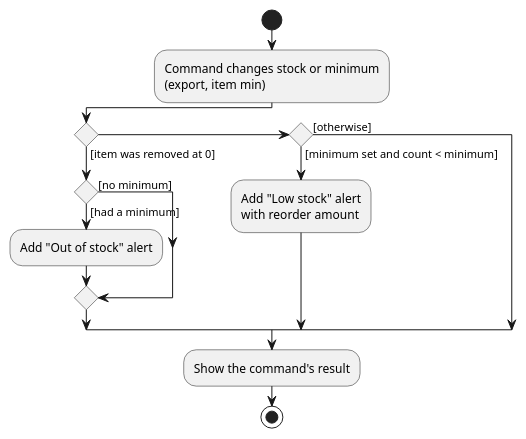
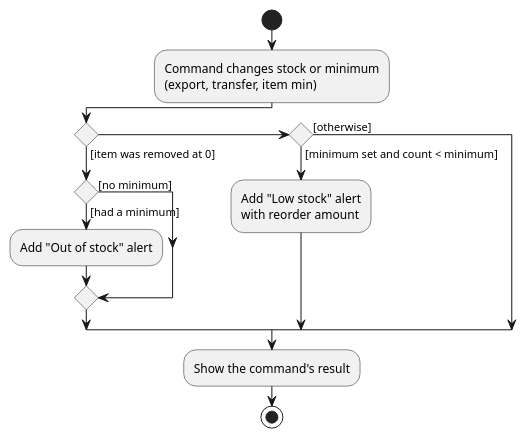
The diagram in docs/diagrams/LowStockAlertActivity.puml (AY2627S1-CS2113-W14-4/tp), drawn with PlantUML before and after one commit. The commit also changed 12 other files, not shown here.

Commit message:
Simplify Developer Guide diagrams

```diff
--- a/docs/diagrams/LowStockAlertActivity.puml
+++ b/docs/diagrams/LowStockAlertActivity.puml
@@ -1,17 +1,17 @@
 @startuml
 start
 :Command changes stock or minimum
-(export, item min);
+(export, transfer, item min);
 if () then ([item was removed at 0])
     if () then ([had a minimum])
         :Add "Out of stock" alert;
     else ([no minimum])
     endif
 elseif () then ([minimum set and count < minimum])
     :Add "Low stock" alert
     with reorder amount;
 else ([otherwise])
 endif
 :Show the command's result;
 stop
 @enduml
```
